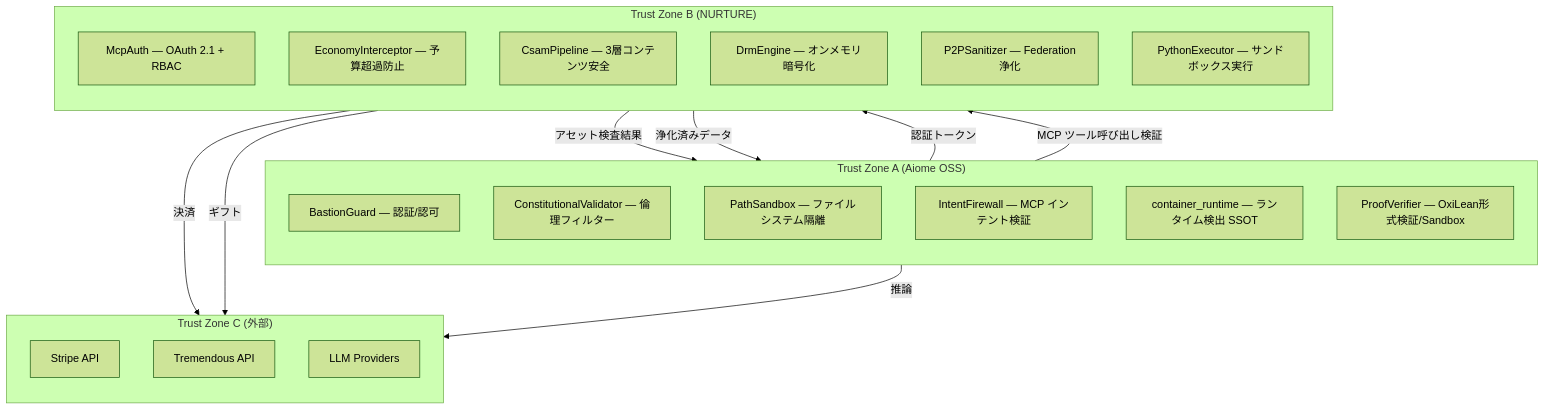
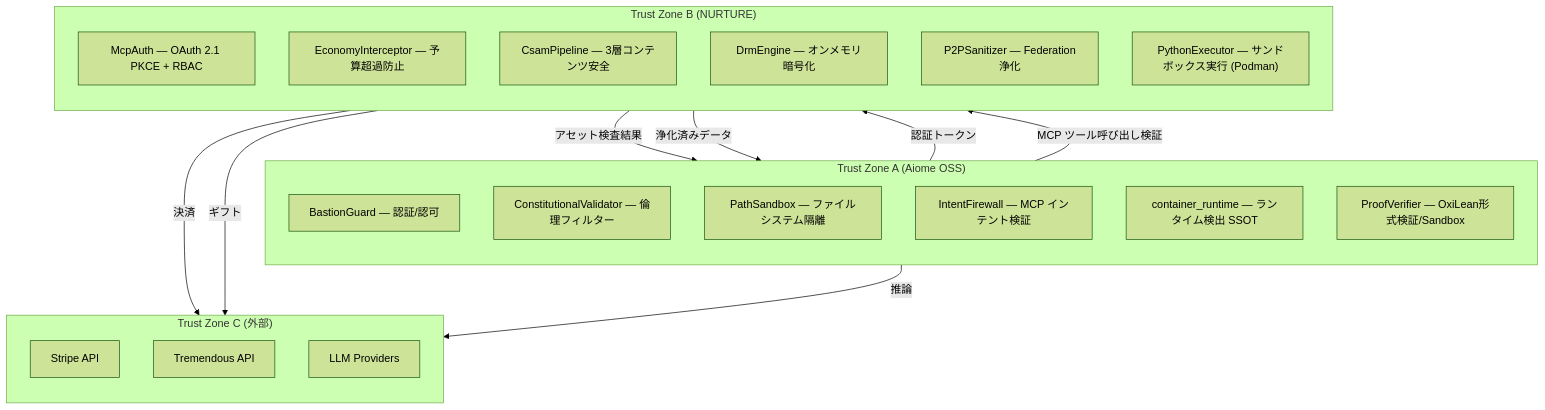
Before and after one commit to for4xex-droid/modular-open-claw: diagram 11 of 12 in docs/architecture/AIOME_NURTURE_SYNERGY.md, drawn with Mermaid (forest theme). The commit also changed other lines of this file and 8 other files, not shown here.

````diff
--- a/docs/architecture/AIOME_NURTURE_SYNERGY.md
+++ b/docs/architecture/AIOME_NURTURE_SYNERGY.md
@@ -712,38 +712,38 @@
 ```mermaid
 graph TB
     subgraph "Trust Zone A (Aiome OSS)"
         direction TB
         A1["BastionGuard — 認証/認可"]
         A2["ConstitutionalValidator — 倫理フィルター"]
         A3["PathSandbox — ファイルシステム隔離"]
         A4["IntentFirewall — MCP インテント検証"]
         A5["container_runtime — ランタイム検出 SSOT"]
         A6["ProofVerifier — OxiLean形式検証/Sandbox"]
     end
 
     subgraph "Trust Zone B (NURTURE)"
         direction TB
-        B1["McpAuth — OAuth 2.1 + RBAC"]
+        B1["McpAuth — OAuth 2.1 PKCE + RBAC"]
         B2["EconomyInterceptor — 予算超過防止"]
         B3["CsamPipeline — 3層コンテンツ安全"]
         B4["DrmEngine — オンメモリ暗号化"]
         B5["P2PSanitizer — Federation浄化"]
-        B6["PythonExecutor — サンドボックス実行"]
+        B6["PythonExecutor — サンドボックス実行 (Podman)"]
     end
 
     subgraph "Trust Zone C (外部)"
         direction TB
         C1["Stripe API"]
         C2["Tremendous API"]
         C3["LLM Providers"]
     end
 
     A1 -->|認証トークン| B1
     A4 -->|MCP ツール呼び出し検証| B2
     B3 -->|アセット検査結果| A3
     B5 -->|浄化済みデータ| A1
 
     B2 -->|決済| C1
     B2 -->|ギフト| C2
     A1 -->|推論| C3
 ```
````
